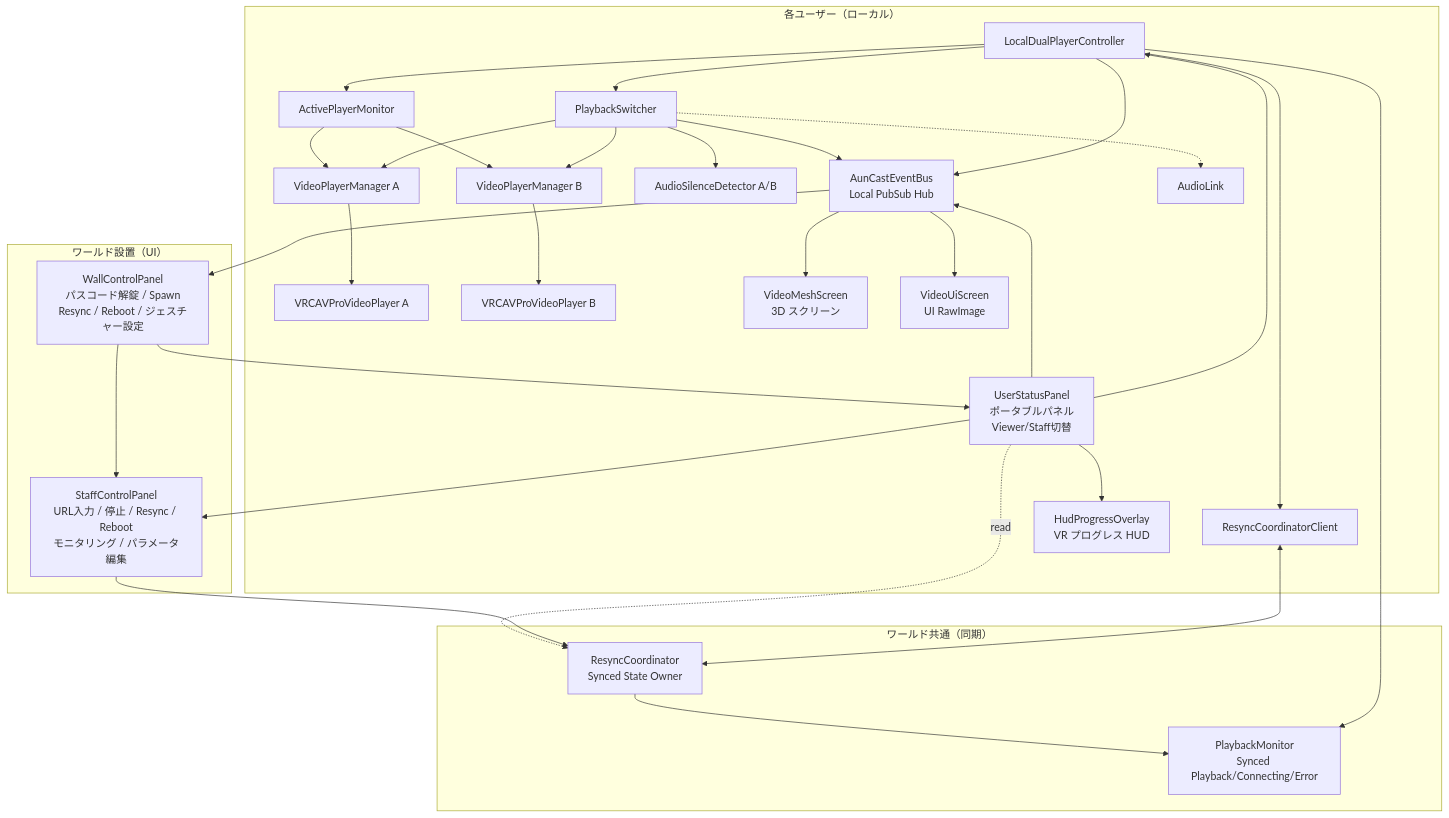
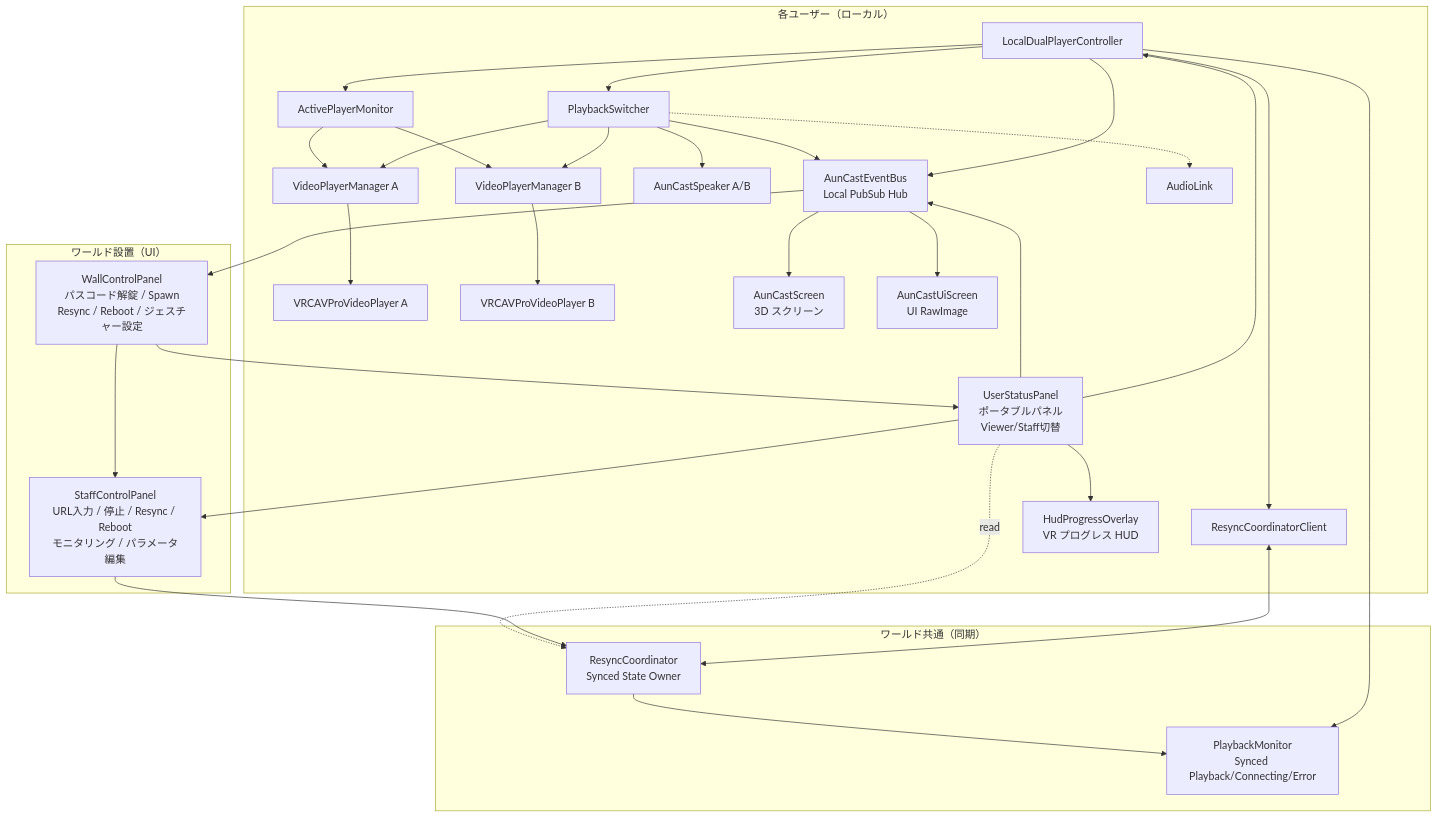
The first of 6 diagrams in Docs/Design.md (pasocommate/AunCast), drawn with Mermaid before and after one commit. The commit also changed other lines of this file and 5 other files, not shown here.

````diff
--- a/Docs/Design.md
+++ b/Docs/Design.md
@@ -451,59 +451,59 @@
 ```mermaid
 flowchart TB
     subgraph "各ユーザー（ローカル）"
         Ctrl[LocalDualPlayerController]
         Mon[ActivePlayerMonitor]
         Sw[PlaybackSwitcher]
         Cli[ResyncCoordinatorClient]
         VPM_A[VideoPlayerManager A]
         VPM_B[VideoPlayerManager B]
         PA[VRCAVProVideoPlayer A]
         PB[VRCAVProVideoPlayer B]
-        Audio[AudioSilenceDetector A/B]
+        Audio[AunCastSpeaker A/B]
         Bus[AunCastEventBus<br/>Local PubSub Hub]
-        MeshScreen[VideoMeshScreen<br/>3D スクリーン]
-        UiScreen[VideoUiScreen<br/>UI RawImage]
+        MeshScreen[AunCastScreen<br/>3D スクリーン]
+        UiScreen[AunCastUiScreen<br/>UI RawImage]
         AL[AudioLink]
         Viewer[UserStatusPanel<br/>ポータブルパネル<br/>Viewer/Staff切替]
         HUD[HudProgressOverlay<br/>VR プログレス HUD]
 
         Ctrl --> Mon
         Ctrl --> Sw
         Ctrl --> Cli
         Ctrl --> Bus
         Sw --> VPM_A
         Sw --> VPM_B
         Sw --> Bus
         Bus --> MeshScreen
         Bus --> UiScreen
         Sw -.-> AL
         Sw --> Audio
         VPM_A --> PA
         VPM_B --> PB
         Mon --> VPM_A
         Mon --> VPM_B
         Viewer --> Ctrl
         Viewer --> Bus
         Viewer --> HUD
     end
 
     subgraph "ワールド共通（同期）"
         Coord[ResyncCoordinator<br/>Synced State Owner]
         PMon[PlaybackMonitor<br/>Synced Playback/Connecting/Error]
     end
 
     subgraph "ワールド設置（UI）"
         Wall[WallControlPanel<br/>パスコード解錠 / Spawn<br/>Resync / Reboot / ジェスチャー設定]
         Staff[StaffControlPanel<br/>URL入力 / 停止 / Resync / Reboot<br/>モニタリング / パラメータ編集]
     end
 
     Cli <--> Coord
     Ctrl --> PMon
     Wall --> Staff
     Wall --> Viewer
     Bus --> Wall
     Staff --> Coord
     Viewer -.->|read| Coord
     Viewer --> Staff
     Coord --> PMon
 ```
````
